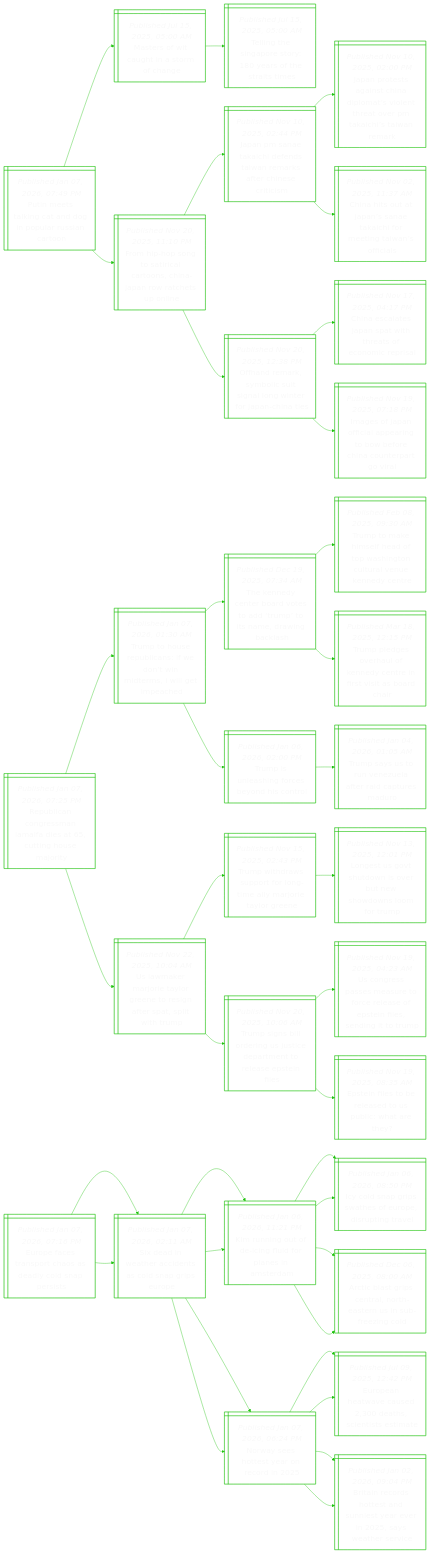
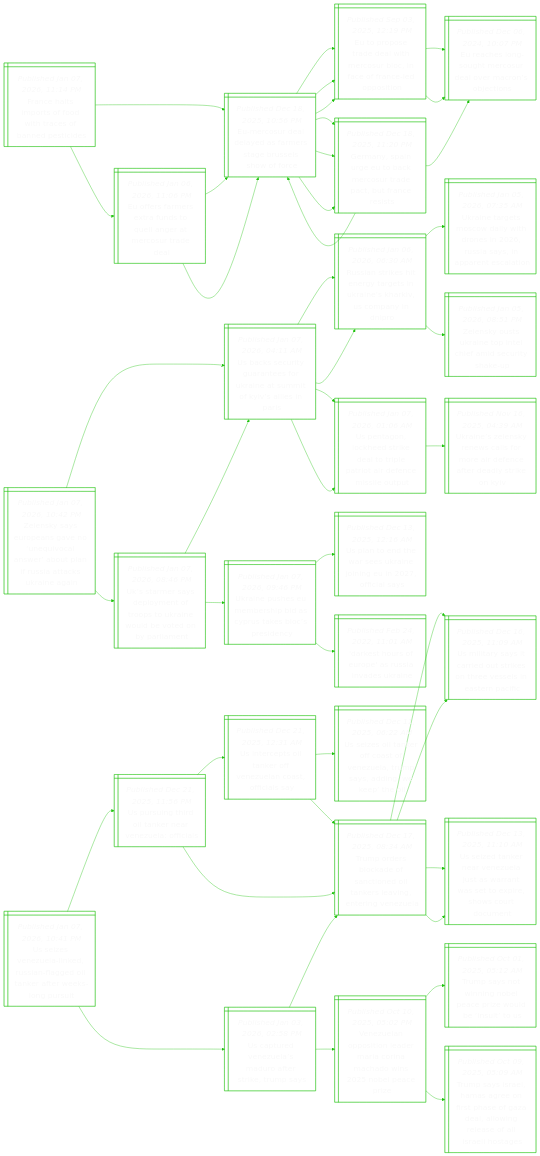
One commit to notJmes/notJmes changed the diagram in README.md. Above: the diagram before and after it, drawn with Mermaid. The commit also changed other lines of this file, not shown here.

````diff
--- a/README.md
+++ b/README.md
@@ -16,121 +16,139 @@
 flowchart LR
 classDef txtsize font-size:20px;
 
-PmtnagpRat@{ shape: win-pane, label: "_Published Jan 07, 2026, 07:49 PM_
-Putin meets talking cat and dog in popular russian cartoon" }
-Mrigama@{ shape: win-pane, label: "_Published Jul 15, 2025, 05:00 AM_
-Masters of wit caught in a storm of change" }
-TnSpteftss@{ shape: win-pane, label: "_Published Jul 15, 2025, 05:00 AM_
-Telling the singapore story: 180 years of the straits times" }
-Fisorcoipwhpn@{ shape: win-pane, label: "_Published Nov 20, 2025, 11:10 PM_
-From hip-hop song to satirical cartoons, china-japan row ratchets up online" }
-JPaaddwmaCstm@{ shape: win-pane, label: "_Published Nov 10, 2025, 02:44 PM_
-Japan pm sanae takaichi defends taiwan remarks after chinese criticism" }
-JpsaCdmitarkiwm@{ shape: win-pane, label: "_Published Nov 10, 2025, 02:00 PM_
-Japan protests against china diplomat’s violent threat over pm takaichi’s taiwan remark" }
-ChuaSTcriioi@{ shape: win-pane, label: "_Published Nov 02, 2025, 11:37 AM_
-China hits out at japan’s sanae takaichi for meeting taiwan’s officials" }
-Onamcslwrahi@{ shape: win-pane, label: "_Published Nov 20, 2025, 12:38 PM_
-Offhand remark, symbolic suit signal long winter for japan-china ties" }
-Ceaaptefoea@{ shape: win-pane, label: "_Published Nov 17, 2025, 04:17 PM_
-China escalates japan spat with threats of economic reprisal" }
-Ispflatbeatri@{ shape: win-pane, label: "_Published Nov 19, 2025, 07:18 PM_
-Images of japan official appearing to bow before china counterpart go viral" }
+Fesrfiafete@{ shape: win-pane, label: "_Published Jan 07, 2026, 11:14 PM_
+France halts imports of food with traces of banned pesticides" }
+EcdedrsBeoo@{ shape: win-pane, label: "_Published Dec 18, 2025, 10:56 PM_
+Eu-mercosur deal delayed as farmers stage brussels show of force" }
+Ereeweuccrlpi@{ shape: win-pane, label: "_Published Sep 03, 2025, 12:19 PM_
+Eu to propose trade deal with mercosur bloc, in face of france-led opposition" }
+EcoueulMnen@{ shape: win-pane, label: "_Published Dec 06, 2024, 10:07 PM_
+Eu reaches long-sought mercosur deal over macron’s objections" }
+EcoueulMnen@{ shape: win-pane, label: "_Published Dec 06, 2024, 10:07 PM_
+Eu reaches long-sought mercosur deal over macron’s objections" }
+Gniebeudtrrt@{ shape: win-pane, label: "_Published Dec 18, 2025, 11:20 PM_
+Germany, spain urge eu to back mercosur trade pact, but france resists" }
+EcdedrsBeoo@{ shape: win-pane, label: "_Published Dec 18, 2025, 10:56 PM_
+Eu-mercosur deal delayed as farmers stage brussels show of force" }
+EcoueulMnen@{ shape: win-pane, label: "_Published Dec 06, 2024, 10:07 PM_
+Eu reaches long-sought mercosur deal over macron’s objections" }
+Eereftleeudl@{ shape: win-pane, label: "_Published Jan 06, 2026, 11:06 PM_
+Eu offers farmers extra funds to quell anger at mercosur trade deal" }
+EcdedrsBeoo@{ shape: win-pane, label: "_Published Dec 18, 2025, 10:56 PM_
+Eu-mercosur deal delayed as farmers stage brussels show of force" }
+Ereeweuccrlpi@{ shape: win-pane, label: "_Published Sep 03, 2025, 12:19 PM_
+Eu to propose trade deal with mercosur bloc, in face of france-led opposition" }
+Gniebeudtrrt@{ shape: win-pane, label: "_Published Dec 18, 2025, 11:20 PM_
+Germany, spain urge eu to back mercosur trade pact, but france resists" }
+EcdedrsBeoo@{ shape: win-pane, label: "_Published Dec 18, 2025, 10:56 PM_
+Eu-mercosur deal delayed as farmers stage brussels show of force" }
+Ereeweuccrlpi@{ shape: win-pane, label: "_Published Sep 03, 2025, 12:19 PM_
+Eu to propose trade deal with mercosur bloc, in face of france-led opposition" }
+Gniebeudtrrt@{ shape: win-pane, label: "_Published Dec 18, 2025, 11:20 PM_
+Germany, spain urge eu to back mercosur trade pact, but france resists" }
 
-PmtnagpRat:::txtsize --> Mrigama:::txtsize
-Mrigama:::txtsize --> TnSpteftss:::txtsize
-PmtnagpRat:::txtsize --> Fisorcoipwhpn:::txtsize
-Fisorcoipwhpn:::txtsize --> JPaaddwmaCstm:::txtsize
-JPaaddwmaCstm:::txtsize --> JpsaCdmitarkiwm:::txtsize
-JPaaddwmaCstm:::txtsize --> ChuaSTcriioi:::txtsize
-Fisorcoipwhpn:::txtsize --> Onamcslwrahi:::txtsize
-Onamcslwrahi:::txtsize --> Ceaaptefoea:::txtsize
-Onamcslwrahi:::txtsize --> Ispflatbeatri:::txtsize
+Fesrfiafete:::txtsize --> EcdedrsBeoo:::txtsize
+EcdedrsBeoo:::txtsize --> Ereeweuccrlpi:::txtsize
+Ereeweuccrlpi:::txtsize --> EcoueulMnen:::txtsize
+Ereeweuccrlpi:::txtsize --> EcoueulMnen:::txtsize
+EcdedrsBeoo:::txtsize --> Gniebeudtrrt:::txtsize
+Gniebeudtrrt:::txtsize --> EcdedrsBeoo:::txtsize
+Gniebeudtrrt:::txtsize --> EcoueulMnen:::txtsize
+Fesrfiafete:::txtsize --> Eereftleeudl:::txtsize
+Eereftleeudl:::txtsize --> EcdedrsBeoo:::txtsize
+EcdedrsBeoo:::txtsize --> Ereeweuccrlpi:::txtsize
+EcdedrsBeoo:::txtsize --> Gniebeudtrrt:::txtsize
+Eereftleeudl:::txtsize --> EcdedrsBeoo:::txtsize
+EcdedrsBeoo:::txtsize --> Ereeweuccrlpi:::txtsize
+EcdedrsBeoo:::txtsize --> Gniebeudtrrt:::txtsize
 
-RlCenleuger@{ shape: win-pane, label: "_Published Jan 07, 2026, 07:25 PM_
-Republican congressman lamalfa dies at 65, cutting house majority" }
-Ttsuawtimlic@{ shape: win-pane, label: "_Published Jan 07, 2026, 01:30 AM_
-Trump to house republicans: if we don’t win midterms, i will get impeached" }
-TnCrdsdpsdnk@{ shape: win-pane, label: "_Published Dec 19, 2025, 07:34 AM_
-The kennedy center board votes to add ‘trump’ to its name, drawing backlash" }
-TteeaohotvKdt@{ shape: win-pane, label: "_Published Feb 08, 2025, 09:30 AM_
-Trump to make himself head of top washington cultural venue kennedy centre" }
-Tperoneisioh@{ shape: win-pane, label: "_Published Mar 18, 2025, 12:15 PM_
-Trump pledges overhaul of kennedy centre in first visit as board chair" }
-Tiencyit@{ shape: win-pane, label: "_Published Jan 06, 2026, 02:00 PM_
-Trump is unleashing forces beyond his control" }
-TsSnzaraeu@{ shape: win-pane, label: "_Published Jan 04, 2026, 01:05 AM_
-Trump says us to run venezuela after raid captures maduro" }
-UmMryrtitaihp@{ shape: win-pane, label: "_Published Nov 22, 2025, 10:04 AM_
-Us lawmaker marjorie taylor greene to resign after spat, split with trump" }
-TwrutomyoaGe@{ shape: win-pane, label: "_Published Nov 15, 2025, 02:43 PM_
-Trump withdraws support for long-time ally marjorie taylor greene" }
-Lsounenonmr@{ shape: win-pane, label: "_Published Nov 13, 2025, 12:01 PM_
-Longest us govt shutdown is over but new showdowns loom for trump" }
-TsBrnuertlEie@{ shape: win-pane, label: "_Published Nov 20, 2025, 10:06 AM_
-Trump signs bill ordering us justice department to release epstein files" }
-Ugpsufrspnsitm@{ shape: win-pane, label: "_Published Nov 19, 2025, 04:23 AM_
-Us congress passes measure to force release of epstein files, sending it to trump" }
-Eieeaobhe@{ shape: win-pane, label: "_Published Nov 19, 2025, 08:35 AM_
-Epstein files to be released to us public: what are they?" }
+ZsyosnqcsblRacra@{ shape: win-pane, label: "_Published Jan 07, 2026, 10:42 PM_
+Zelensky says europeans gave no ‘unequivocal answer’ about plan if russia attacks ukraine again" }
+UkugnframKasr@{ shape: win-pane, label: "_Published Jan 07, 2026, 04:11 AM_
+Us backs security guarantees for ukraine at summit of kyiv’s allies in paris" }
+RaiirriaKioyi@{ shape: win-pane, label: "_Published Jan 06, 2026, 06:30 AM_
+Russian strikes hit energy targets in ukraine’s kharkiv, us company in dnipro" }
+Ungodwrisypnao@{ shape: win-pane, label: "_Published Jan 05, 2026, 07:35 AM_
+Ukraine targets moscow daily with drones in 2026, russia says, in apparent escalation" }
+Zssrttiiusu@{ shape: win-pane, label: "_Published Jan 05, 2026, 08:51 PM_
+Zelensky ousts ukraine top intel chief amid security shake-up" }
+UtLereteirnsot@{ shape: win-pane, label: "_Published Jan 07, 2026, 01:06 AM_
+Us pentagon, lockheed strike deal to triple patriot air defence missile output" }
+Unlywlmiefesei@{ shape: win-pane, label: "_Published Nov 16, 2025, 04:39 AM_
+Ukraine’s zelensky renews calls for more air defence after deadly strike on kyiv" }
+Uasemfpkedtbln@{ shape: win-pane, label: "_Published Jan 07, 2026, 08:46 PM_
+Uk’s starmer says deployment of troops to ukraine would be voted on by parliament" }
+UnhmrbCsssiy@{ shape: win-pane, label: "_Published Jan 07, 2026, 09:46 PM_
+Ukraine pushes eu membership bid as cyprus takes bloc’s presidency" }
+UndasiiEfas@{ shape: win-pane, label: "_Published Dec 13, 2025, 12:16 AM_
+Us plan to end the war sees ukraine joining eu in 2027, official says" }
+DsruasvUn@{ shape: win-pane, label: "_Published Feb 24, 2022, 11:01 AM_
+'darkest hours of europe' as russia invades ukraine" }
+UkugnframKasr@{ shape: win-pane, label: "_Published Jan 07, 2026, 04:11 AM_
+Us backs security guarantees for ukraine at summit of kyiv’s allies in paris" }
+RaiirriaKioyi@{ shape: win-pane, label: "_Published Jan 06, 2026, 06:30 AM_
+Russian strikes hit energy targets in ukraine’s kharkiv, us company in dnipro" }
+UtLereteirnsot@{ shape: win-pane, label: "_Published Jan 07, 2026, 01:06 AM_
+Us pentagon, lockheed strike deal to triple patriot air defence missile output" }
 
-RlCenleuger:::txtsize --> Ttsuawtimlic:::txtsize
-Ttsuawtimlic:::txtsize --> TnCrdsdpsdnk:::txtsize
-TnCrdsdpsdnk:::txtsize --> TteeaohotvKdt:::txtsize
-TnCrdsdpsdnk:::txtsize --> Tperoneisioh:::txtsize
-Ttsuawtimlic:::txtsize --> Tiencyit:::txtsize
-Tiencyit:::txtsize --> TsSnzaraeu:::txtsize
-RlCenleuger:::txtsize --> UmMryrtitaihp:::txtsize
-UmMryrtitaihp:::txtsize --> TwrutomyoaGe:::txtsize
-TwrutomyoaGe:::txtsize --> Lsounenonmr:::txtsize
-UmMryrtitaihp:::txtsize --> TsBrnuertlEie:::txtsize
-TsBrnuertlEie:::txtsize --> Ugpsufrspnsitm:::txtsize
-TsBrnuertlEie:::txtsize --> Eieeaobhe:::txtsize
+ZsyosnqcsblRacra:::txtsize --> UkugnframKasr:::txtsize
+UkugnframKasr:::txtsize --> RaiirriaKioyi:::txtsize
+RaiirriaKioyi:::txtsize --> Ungodwrisypnao:::txtsize
+RaiirriaKioyi:::txtsize --> Zssrttiiusu:::txtsize
+UkugnframKasr:::txtsize --> UtLereteirnsot:::txtsize
+UtLereteirnsot:::txtsize --> Unlywlmiefesei:::txtsize
+ZsyosnqcsblRacra:::txtsize --> Uasemfpkedtbln:::txtsize
+Uasemfpkedtbln:::txtsize --> UnhmrbCsssiy:::txtsize
+UnhmrbCsssiy:::txtsize --> UndasiiEfas:::txtsize
+UnhmrbCsssiy:::txtsize --> DsruasvUn:::txtsize
+Uasemfpkedtbln:::txtsize --> UkugnframKasr:::txtsize
+UkugnframKasr:::txtsize --> RaiirriaKioyi:::txtsize
+UkugnframKasr:::txtsize --> UtLereteirnsot:::txtsize
 
-Eesscadlpi@{ shape: win-pane, label: "_Published Jan 07, 2026, 07:16 PM_
-Europe faces transport chaos as deadly cold snap persists" }
-SaerdadgEe@{ shape: win-pane, label: "_Published Jan 07, 2026, 02:11 AM_
-Six dead in weather accidents as cold snap grips europe" }
-Knodnipssa@{ shape: win-pane, label: "_Published Jan 06, 2026, 11:21 PM_
-Klm running out of de-icing fluid for planes in amsterdam" }
-IlpshEeuge@{ shape: win-pane, label: "_Published Jan 06, 2026, 08:50 PM_
-Icy cold snap grips swathes of europe, disrupting travel" }
-ActsrrsUuec@{ shape: win-pane, label: "_Published Dec 06, 2025, 08:00 AM_
-Arctic blast grips central, north-eastern us in sub-freezing cold" }
-Nyhsrcn@{ shape: win-pane, label: "_Published Jan 07, 2026, 06:24 PM_
-Norway sees hottest year on record in 2025" }
-Eeaeetiste@{ shape: win-pane, label: "_Published Jul 09, 2025, 12:42 PM_
-European heatwave caused 2,300 deaths, scientists estimate" }
-Biootusrishr@{ shape: win-pane, label: "_Published Jan 02, 2026, 09:04 PM_
-Britain records hottest and sunniest year ever in 2025, says weather service" }
-SaerdadgEe@{ shape: win-pane, label: "_Published Jan 07, 2026, 02:11 AM_
-Six dead in weather accidents as cold snap grips europe" }
-Knodnipssa@{ shape: win-pane, label: "_Published Jan 06, 2026, 11:21 PM_
-Klm running out of de-icing fluid for planes in amsterdam" }
-IlpshEeuge@{ shape: win-pane, label: "_Published Jan 06, 2026, 08:50 PM_
-Icy cold snap grips swathes of europe, disrupting travel" }
-ActsrrsUuec@{ shape: win-pane, label: "_Published Dec 06, 2025, 08:00 AM_
-Arctic blast grips central, north-eastern us in sub-freezing cold" }
-Nyhsrcn@{ shape: win-pane, label: "_Published Jan 07, 2026, 06:24 PM_
-Norway sees hottest year on record in 2025" }
-Eeaeetiste@{ shape: win-pane, label: "_Published Jul 09, 2025, 12:42 PM_
-European heatwave caused 2,300 deaths, scientists estimate" }
-Biootusrishr@{ shape: win-pane, label: "_Published Jan 02, 2026, 09:04 PM_
-Britain records hottest and sunniest year ever in 2025, says weather service" }
+Uznlksfetrrspi@{ shape: win-pane, label: "_Published Jan 07, 2026, 10:41 PM_
+Us seizes venezuela-linked, russian-flagged oil tanker after weeks-long pursuit" }
+Ustonenlis@{ shape: win-pane, label: "_Published Dec 21, 2025, 11:56 PM_
+Us pursuing third oil tanker near venezuela: officials" }
+Uettreeofay@{ shape: win-pane, label: "_Published Dec 21, 2025, 12:31 AM_
+Us intercepts oil tanker off venezuelan coast, officials say" }
+Uzlecoeapageo@{ shape: win-pane, label: "_Published Dec 11, 2025, 06:22 AM_
+Us seizes oil tanker off coast of venezuela, trump says, adding ‘we keep’ the oil" }
+Toskftdasitgz@{ shape: win-pane, label: "_Published Dec 17, 2025, 08:34 AM_
+Trump orders blockade of sanctioned oil tankers leaving, entering venezuela" }
+Toskftdasitgz@{ shape: win-pane, label: "_Published Dec 17, 2025, 08:34 AM_
+Trump orders blockade of sanctioned oil tankers leaving, entering venezuela" }
+Uistitktvlanf@{ shape: win-pane, label: "_Published Dec 16, 2025, 11:09 AM_
+Us military says it carried out strikes on three vessels in eastern pacific" }
+Uznenltrwtphoon@{ shape: win-pane, label: "_Published Dec 13, 2025, 11:10 AM_
+Us seized tanker near venezuela just as warrant was set to expire, shows court document" }
+UtVuMorkms@{ shape: win-pane, label: "_Published Jan 03, 2026, 02:58 PM_
+Us captured venezuela’s maduro after strike, trump says" }
+Vuoilranhibai@{ shape: win-pane, label: "_Published Oct 10, 2025, 05:02 PM_
+Venezuelan opposition leader maria corina machado wins 2025 nobel peace prize" }
+TsonoeroelS@{ shape: win-pane, label: "_Published Oct 01, 2025, 05:12 AM_
+Trump says not winning nobel peace prize would be ‘insult’ to us" }
+TssHaossaaorslaoe@{ shape: win-pane, label: "_Published Oct 09, 2025, 05:09 AM_
+Trump says israel, hamas agree on first phase of gaza deal, allowing release of all israeli hostages" }
+Toskftdasitgz@{ shape: win-pane, label: "_Published Dec 17, 2025, 08:34 AM_
+Trump orders blockade of sanctioned oil tankers leaving, entering venezuela" }
+Uistitktvlanf@{ shape: win-pane, label: "_Published Dec 16, 2025, 11:09 AM_
+Us military says it carried out strikes on three vessels in eastern pacific" }
+Uznenltrwtphoon@{ shape: win-pane, label: "_Published Dec 13, 2025, 11:10 AM_
+Us seized tanker near venezuela just as warrant was set to expire, shows court document" }
 
-Eesscadlpi:::txtsize --> SaerdadgEe:::txtsize
-SaerdadgEe:::txtsize --> Knodnipssa:::txtsize
-Knodnipssa:::txtsize --> IlpshEeuge:::txtsize
-Knodnipssa:::txtsize --> ActsrrsUuec:::txtsize
-SaerdadgEe:::txtsize --> Nyhsrcn:::txtsize
-Nyhsrcn:::txtsize --> Eeaeetiste:::txtsize
-Nyhsrcn:::txtsize --> Biootusrishr:::txtsize
-Eesscadlpi:::txtsize --> SaerdadgEe:::txtsize
-SaerdadgEe:::txtsize --> Knodnipssa:::txtsize
-Knodnipssa:::txtsize --> IlpshEeuge:::txtsize
-Knodnipssa:::txtsize --> ActsrrsUuec:::txtsize
-SaerdadgEe:::txtsize --> Nyhsrcn:::txtsize
-Nyhsrcn:::txtsize --> Eeaeetiste:::txtsize
-Nyhsrcn:::txtsize --> Biootusrishr:::txtsize
+Uznlksfetrrspi:::txtsize --> Ustonenlis:::txtsize
+Ustonenlis:::txtsize --> Uettreeofay:::txtsize
+Uettreeofay:::txtsize --> Uzlecoeapageo:::txtsize
+Uettreeofay:::txtsize --> Toskftdasitgz:::txtsize
+Ustonenlis:::txtsize --> Toskftdasitgz:::txtsize
+Toskftdasitgz:::txtsize --> Uistitktvlanf:::txtsize
+Toskftdasitgz:::txtsize --> Uznenltrwtphoon:::txtsize
+Uznlksfetrrspi:::txtsize --> UtVuMorkms:::txtsize
+UtVuMorkms:::txtsize --> Vuoilranhibai:::txtsize
+Vuoilranhibai:::txtsize --> TsonoeroelS:::txtsize
+Vuoilranhibai:::txtsize --> TssHaossaaorslaoe:::txtsize
+UtVuMorkms:::txtsize --> Toskftdasitgz:::txtsize
+Toskftdasitgz:::txtsize --> Uistitktvlanf:::txtsize
+Toskftdasitgz:::txtsize --> Uznenltrwtphoon:::txtsize
 
 ```
````
